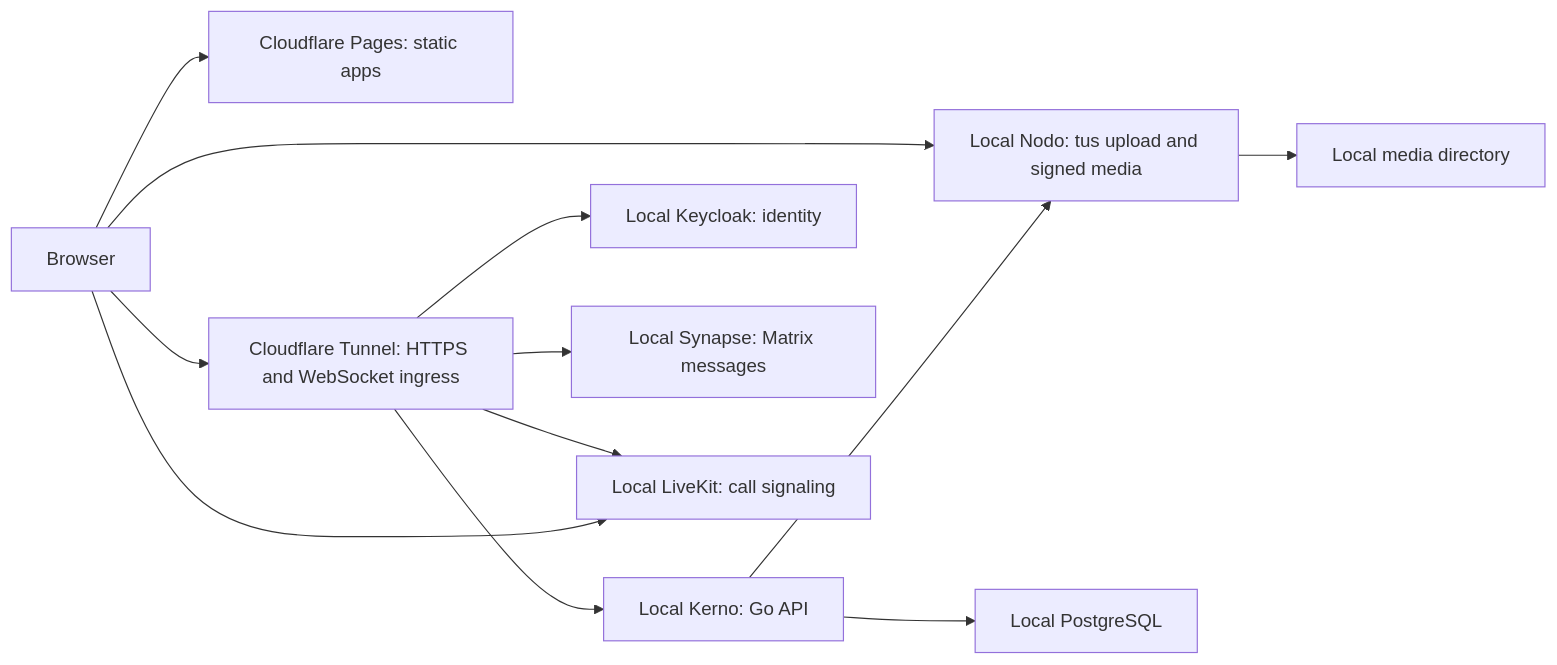
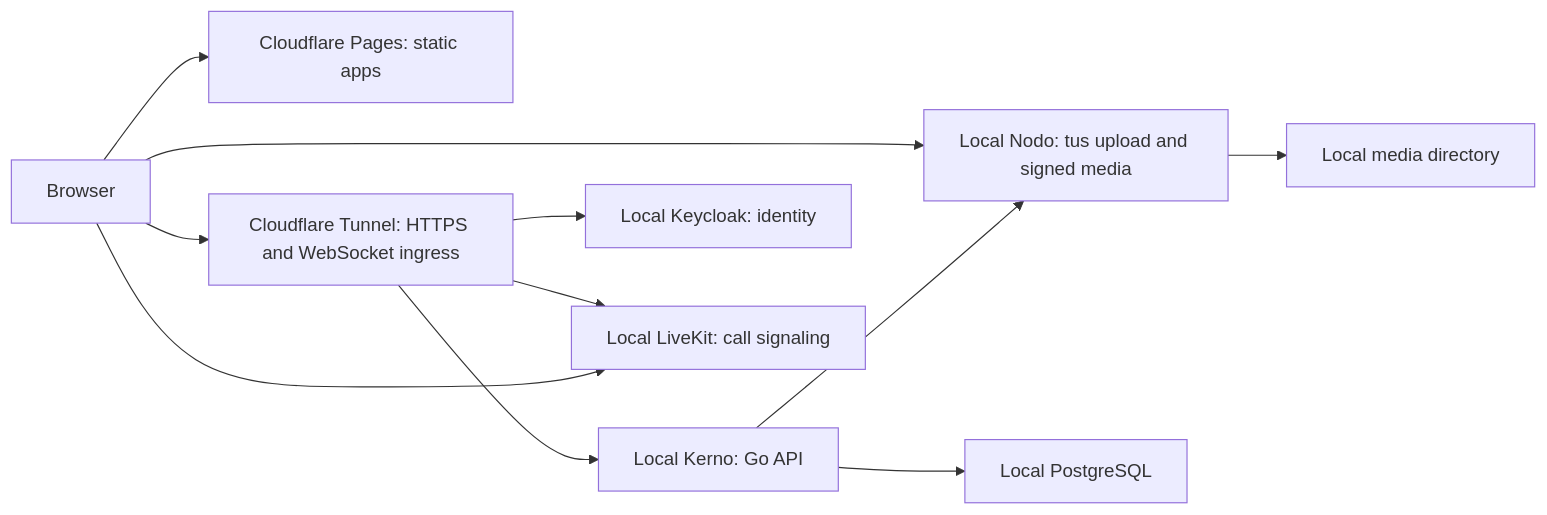
The diagram in docs/architecture.md (druckheil/Kaordo), drawn with Mermaid before and after one commit. The commit also changed other lines of this file and 144 other files, not shown here.

````diff
--- a/docs/architecture.md
+++ b/docs/architecture.md
@@ -5,14 +5,13 @@
 ```mermaid
 flowchart LR
   Browser --> Pages[Cloudflare Pages: static apps]
   Browser --> Tunnel[Cloudflare Tunnel: HTTPS and WebSocket ingress]
   Tunnel --> Kerno[Local Kerno: Go API]
   Tunnel --> Keycloak[Local Keycloak: identity]
-  Tunnel --> Synapse[Local Synapse: Matrix messages]
   Tunnel --> LiveKit[Local LiveKit: call signaling]
   Browser --> Nodo[Local Nodo: tus upload and signed media]
   Browser --> LiveKit
   Kerno --> Postgres[Local PostgreSQL]
   Kerno --> Nodo
   Nodo --> Disks[Local media directory]
 ```
````
